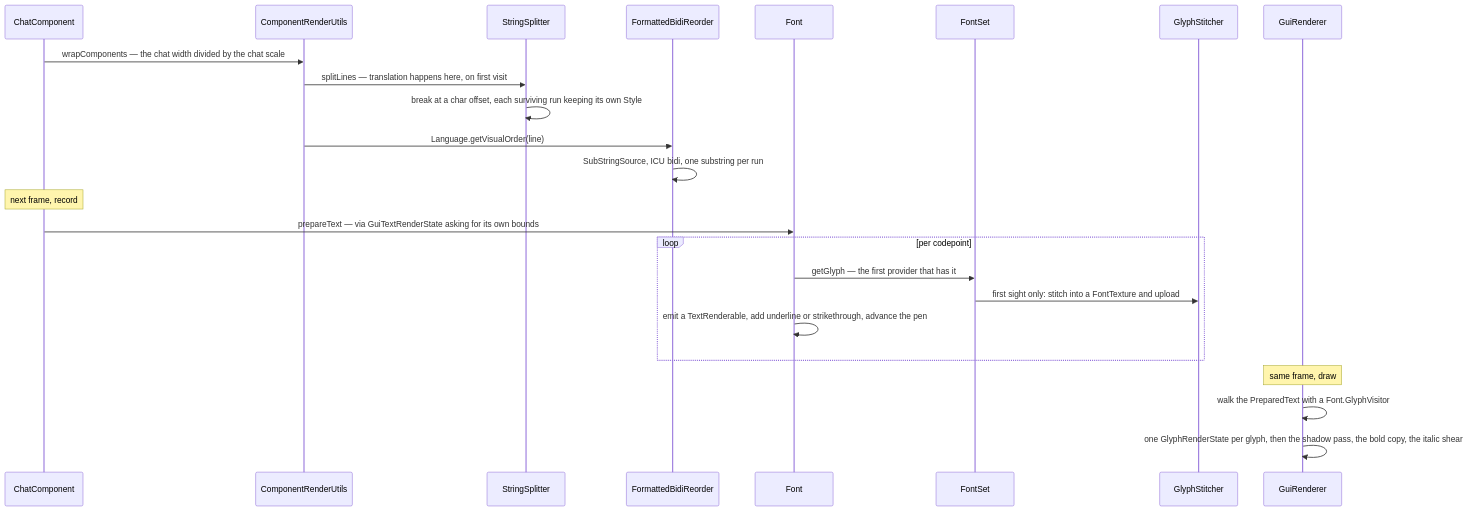
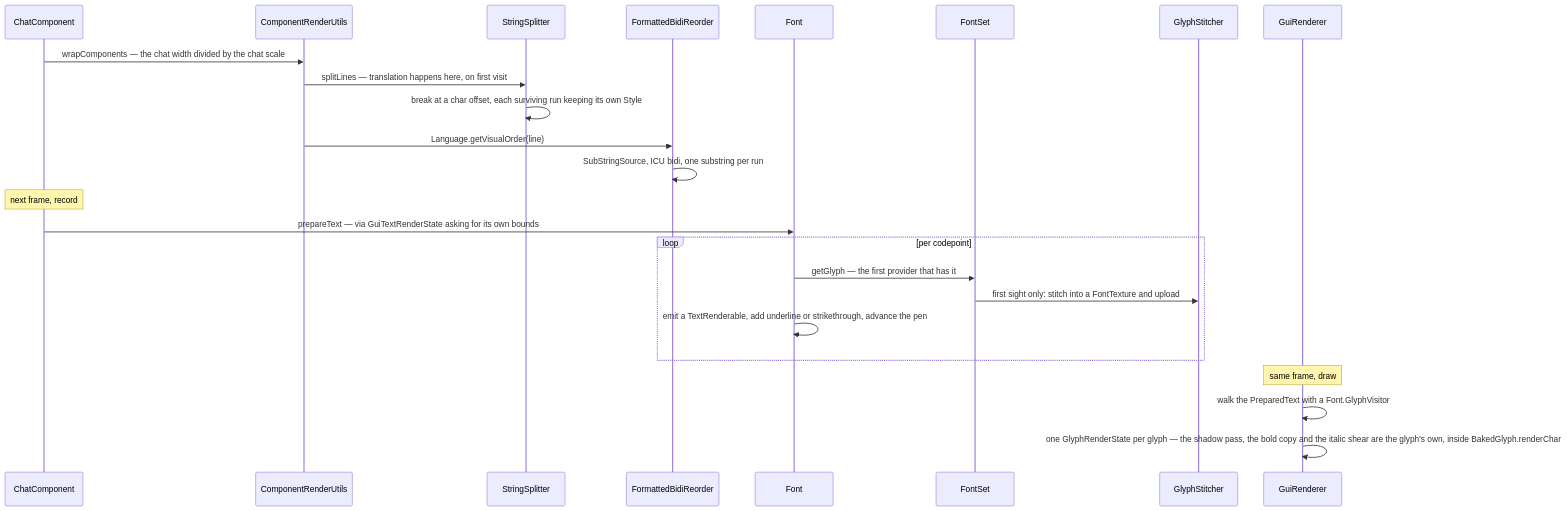
Before and after one commit to AlexanderjFraser/MinecraftDocs: the second of 2 diagrams in src/systems/client/text-and-fonts.md, drawn with Mermaid. The commit also changed other lines of this file and 13 other files, not shown here.

First line of the commit message:
pass 4, session J — Part X: the ledger's exits backwards, the server also drops ticks, and one thread pretending to be two

````diff
--- a/src/systems/client/text-and-fonts.md
+++ b/src/systems/client/text-and-fonts.md
@@ -148,27 +156,27 @@
 ```mermaid
 sequenceDiagram
     participant ChatC as ChatComponent
     participant CRU as ComponentRenderUtils
     participant SSpl as StringSplitter
     participant FBR as FormattedBidiReorder
     participant Font as Font
     participant FSet as FontSet
     participant GStit as GlyphStitcher
     participant GuiR as GuiRenderer
 
     ChatC->>CRU: wrapComponents — the chat width divided by the chat scale
     CRU->>SSpl: splitLines — translation happens here, on first visit
     SSpl->>SSpl: break at a char offset, each surviving run keeping its own Style
     CRU->>FBR: Language.getVisualOrder(line)
     FBR->>FBR: SubStringSource, ICU bidi, one substring per run
     Note over ChatC: next frame, record
     ChatC->>Font: prepareText — via GuiTextRenderState asking for its own bounds
     loop per codepoint
         Font->>FSet: getGlyph — the first provider that has it
         FSet->>GStit: first sight only: stitch into a FontTexture and upload
         Font->>Font: emit a TextRenderable, add underline or strikethrough, advance the pen
     end
     Note over GuiR: same frame, draw
     GuiR->>GuiR: walk the PreparedText with a Font.GlyphVisitor
-    GuiR->>GuiR: one GlyphRenderState per glyph, then the shadow pass, the bold copy, the italic shear
+    GuiR->>GuiR: one GlyphRenderState per glyph — the shadow pass, the bold copy and the italic shear are the glyph's own, inside BakedGlyph.renderChar
 ```
````
